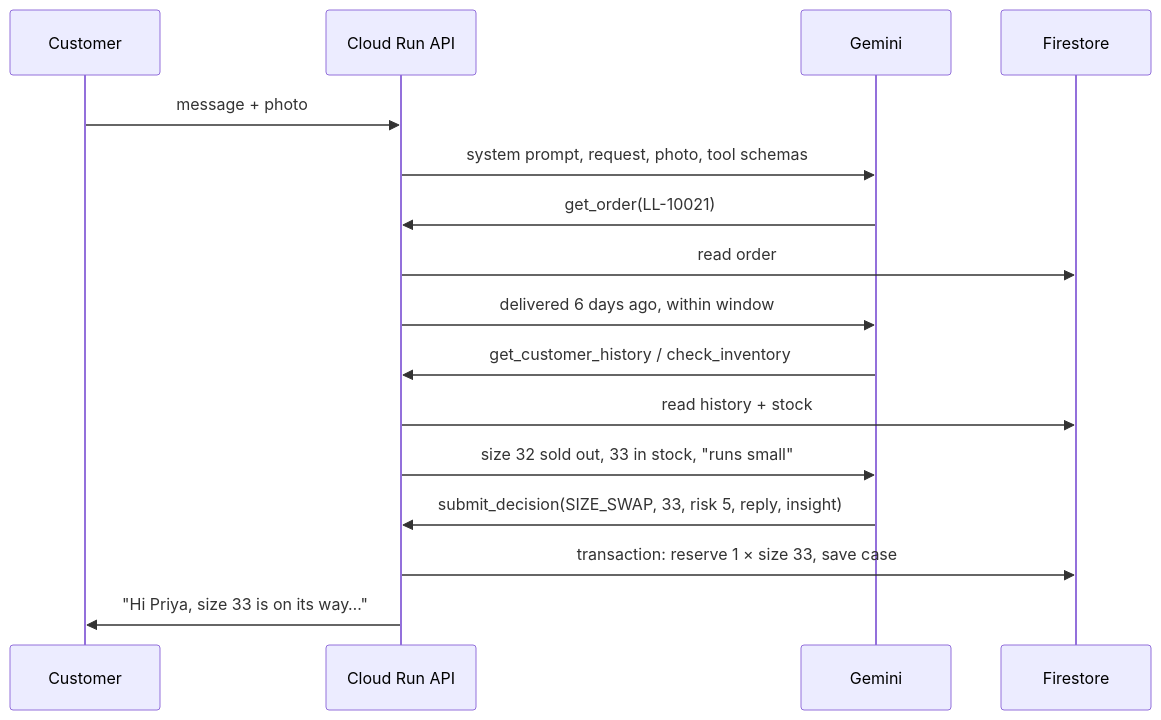
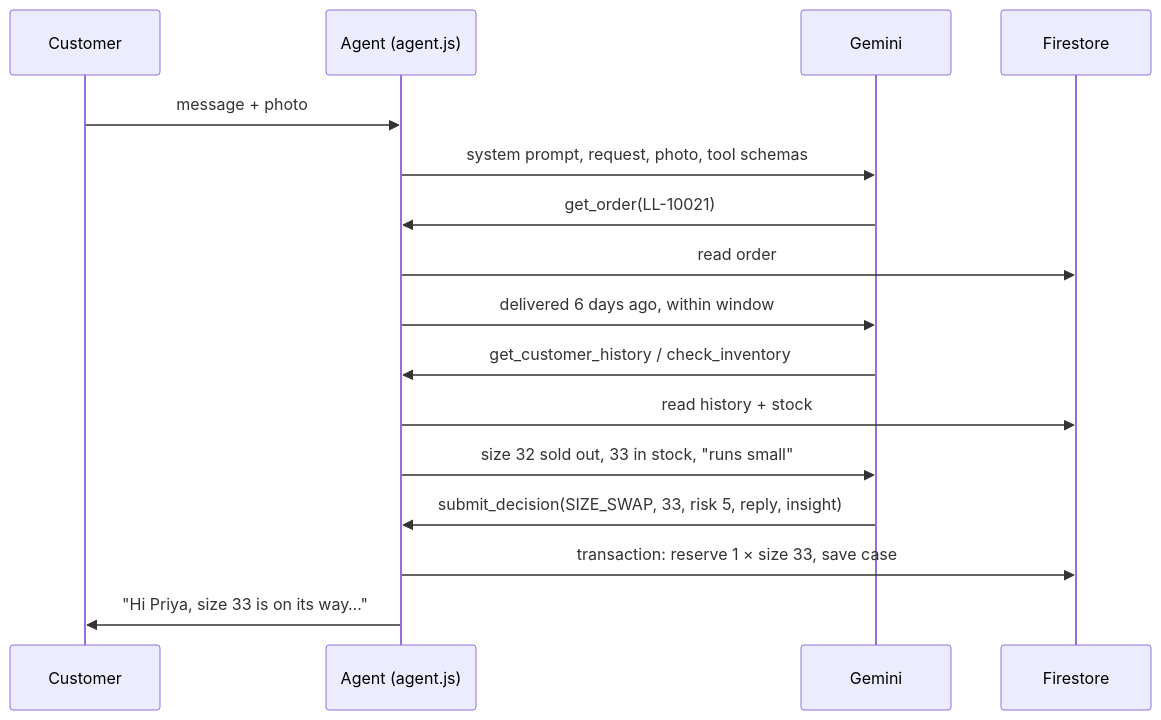
The second of 2 diagrams in README.md (Tilak369/returnwise), drawn with Mermaid before and after one commit. The commit also changed other lines of this file and 16 other files, not shown here.

````diff
--- a/README.md
+++ b/README.md
@@ -31,18 +45,18 @@
 ```mermaid
 sequenceDiagram
     participant C as Customer
-    participant API as Cloud Run API
+    participant A as Agent (agent.js)
     participant G as Gemini
     participant DB as Firestore
-    C->>API: message + photo
-    API->>G: system prompt, request, photo, tool schemas
-    G->>API: get_order(LL-10021)
-    API->>DB: read order
-    API->>G: delivered 6 days ago, within window
-    G->>API: get_customer_history / check_inventory
-    API->>DB: read history + stock
-    API->>G: size 32 sold out, 33 in stock, "runs small"
-    G->>API: submit_decision(SIZE_SWAP, 33, risk 5, reply, insight)
-    API->>DB: transaction: reserve 1 × size 33, save case
-    API->>C: "Hi Priya, size 33 is on its way…"
+    C->>A: message + photo
+    A->>G: system prompt, request, photo, tool schemas
+    G->>A: get_order(LL-10021)
+    A->>DB: read order
+    A->>G: delivered 6 days ago, within window
+    G->>A: get_customer_history / check_inventory
+    A->>DB: read history + stock
+    A->>G: size 32 sold out, 33 in stock, "runs small"
+    G->>A: submit_decision(SIZE_SWAP, 33, risk 5, reply, insight)
+    A->>DB: transaction: reserve 1 × size 33, save case
+    A->>C: "Hi Priya, size 33 is on its way…"
 ```
````
